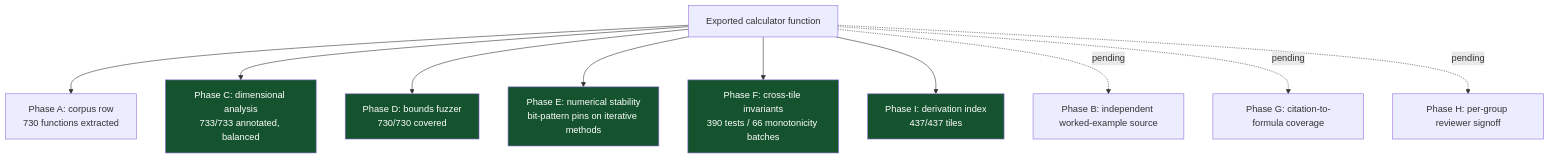
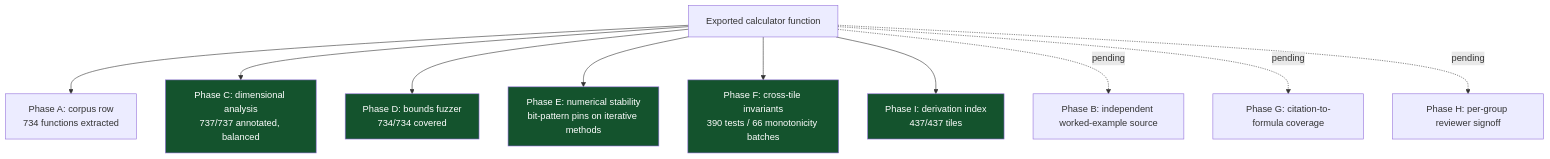
One commit to clay-good/roughlogic.com changed the fourth of 6 diagrams in README.md. Above: the diagram before and after it, drawn with Mermaid. The commit also changed other lines of this file and 3 other files, not shown here.

````diff
--- a/README.md
+++ b/README.md
@@ -212,17 +212,17 @@
 ```mermaid
 flowchart TB
-    F[Exported calculator function] --> A[Phase A: corpus row\n730 functions extracted]
-    F --> C[Phase C: dimensional analysis\n733/733 annotated, balanced]
-    F --> D[Phase D: bounds fuzzer\n730/730 covered]
+    F[Exported calculator function] --> A[Phase A: corpus row\n734 functions extracted]
+    F --> C[Phase C: dimensional analysis\n737/737 annotated, balanced]
+    F --> D[Phase D: bounds fuzzer\n734/734 covered]
     F --> E[Phase E: numerical stability\nbit-pattern pins on iterative methods]
     F --> Fa[Phase F: cross-tile invariants\n390 tests / 66 monotonicity batches]
     F --> I[Phase I: derivation index\n437/437 tiles]
     F -.pending.-> B[Phase B: independent worked-example source]
     F -.pending.-> G[Phase G: citation-to-formula coverage]
     F -.pending.-> H[Phase H: per-group reviewer signoff]
     style C fill:#14532d,color:#fff
     style D fill:#14532d,color:#fff
     style E fill:#14532d,color:#fff
     style Fa fill:#14532d,color:#fff
     style I fill:#14532d,color:#fff
 ```
````
